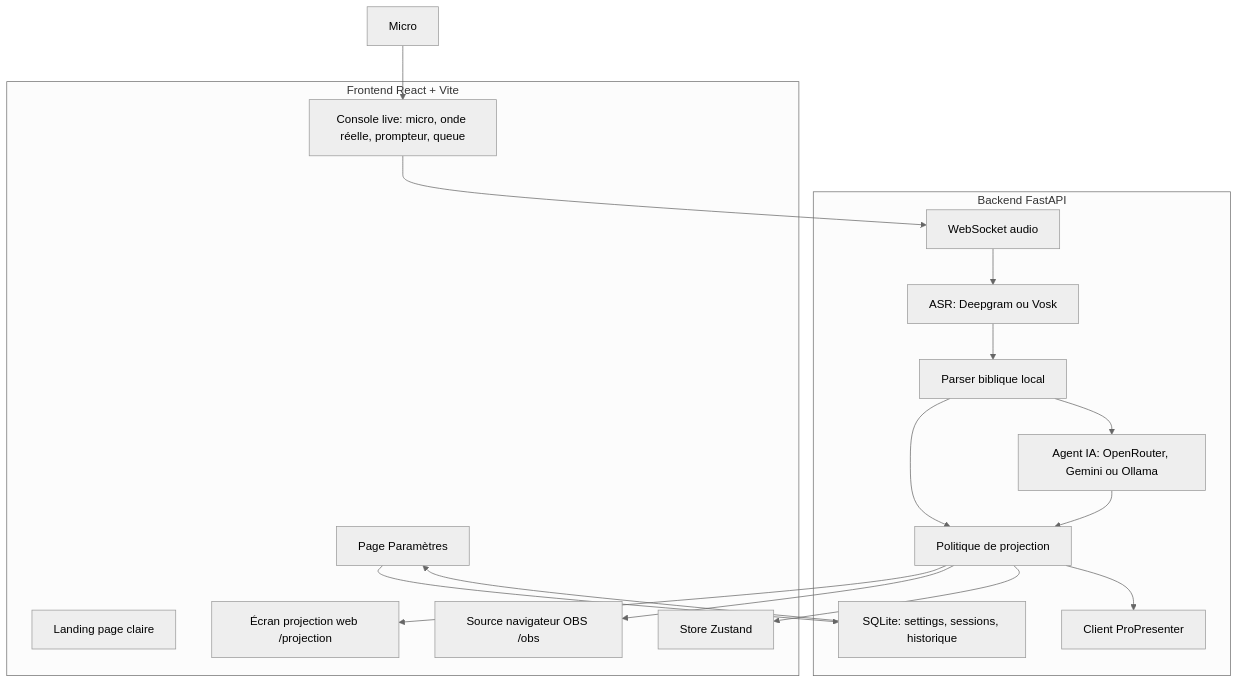
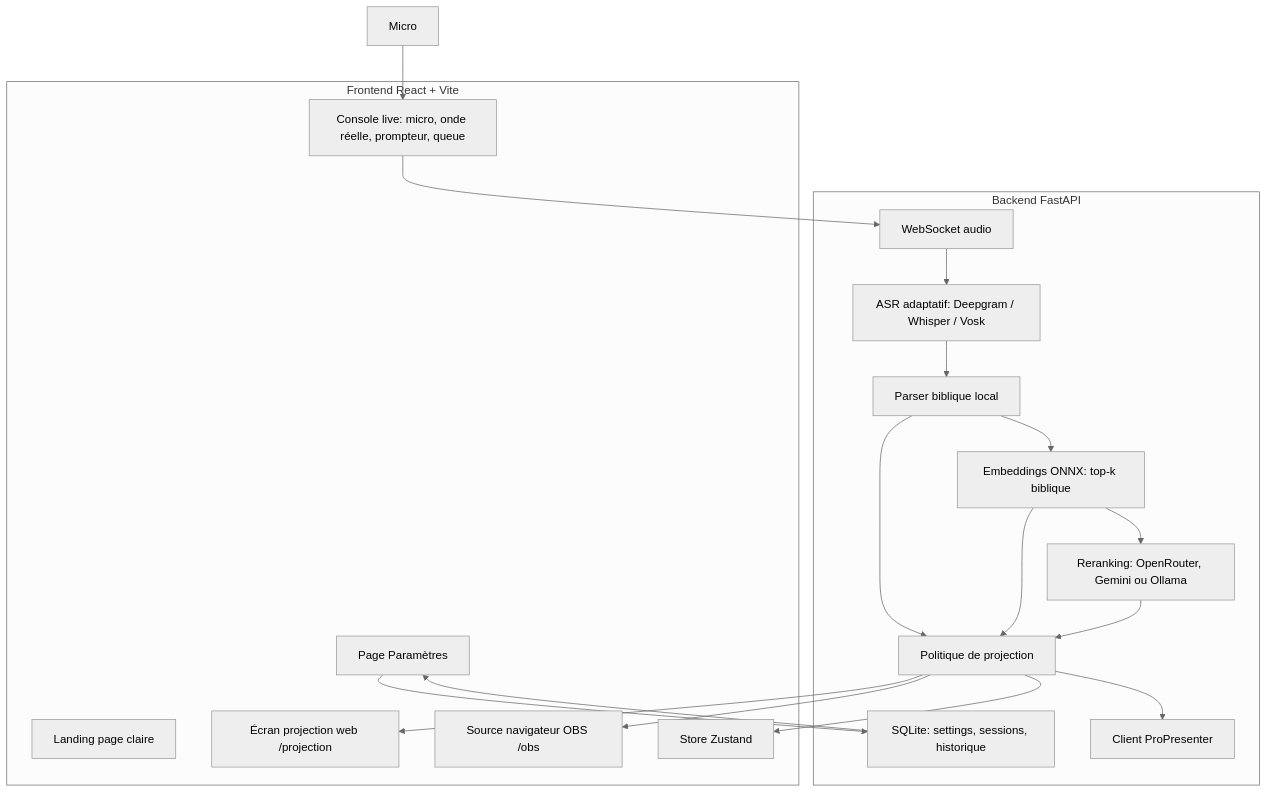
Before and after one commit to gafard/VersePro: the first of 2 diagrams in v2/EXPLICATION_ARCHITECTURE.md, drawn with Mermaid (neutral theme). The commit also changed other lines of this file and 28 other files, not shown here.

````diff
--- a/v2/EXPLICATION_ARCHITECTURE.md
+++ b/v2/EXPLICATION_ARCHITECTURE.md
@@ -19,35 +19,38 @@
 ```mermaid
 flowchart TB
   subgraph Frontend["Frontend React + Vite"]
     Landing["Landing page claire"]
     Live["Console live: micro, onde réelle, prompteur, queue"]
     Settings["Page Paramètres"]
     Projector["Écran projection web /projection"]
     OBS["Source navigateur OBS /obs"]
     Store["Store Zustand"]
   end
 
   subgraph Backend["Backend FastAPI"]
     WS["WebSocket audio"]
-    ASR["ASR: Deepgram ou Vosk"]
+    ASR["ASR adaptatif: Deepgram / Whisper / Vosk"]
     Parser["Parser biblique local"]
-    AI["Agent IA: OpenRouter, Gemini ou Ollama"]
+    Retrieval["Embeddings ONNX: top-k biblique"]
+    AI["Reranking: OpenRouter, Gemini ou Ollama"]
     Policy["Politique de projection"]
     DB["SQLite: settings, sessions, historique"]
     PP["Client ProPresenter"]
   end
 
   Mic["Micro"] --> Live
   Live --> WS
   Settings --> DB
   WS --> ASR
   ASR --> Parser
   Parser --> Policy
-  Parser --> AI
+  Parser --> Retrieval
+  Retrieval --> AI
+  Retrieval --> Policy
   AI --> Policy
   Policy --> Store
   Policy --> PP
   Policy --> Projector
   Policy --> OBS
   DB --> Settings
 ```
````
